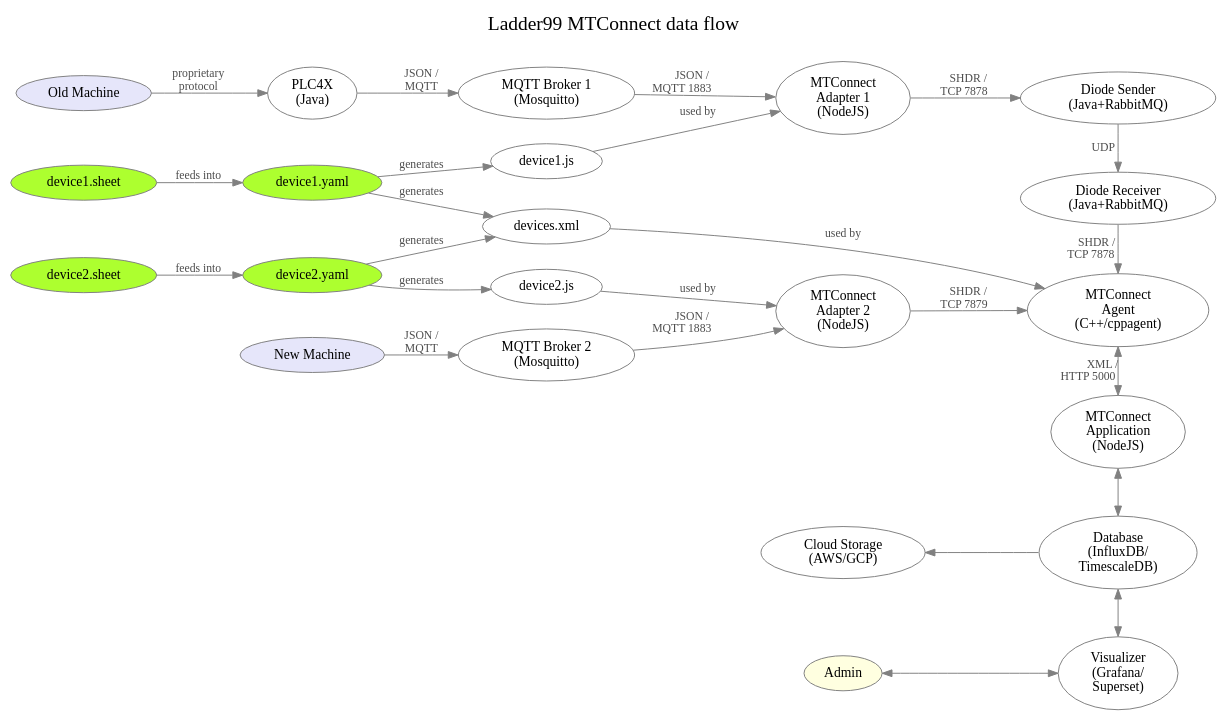
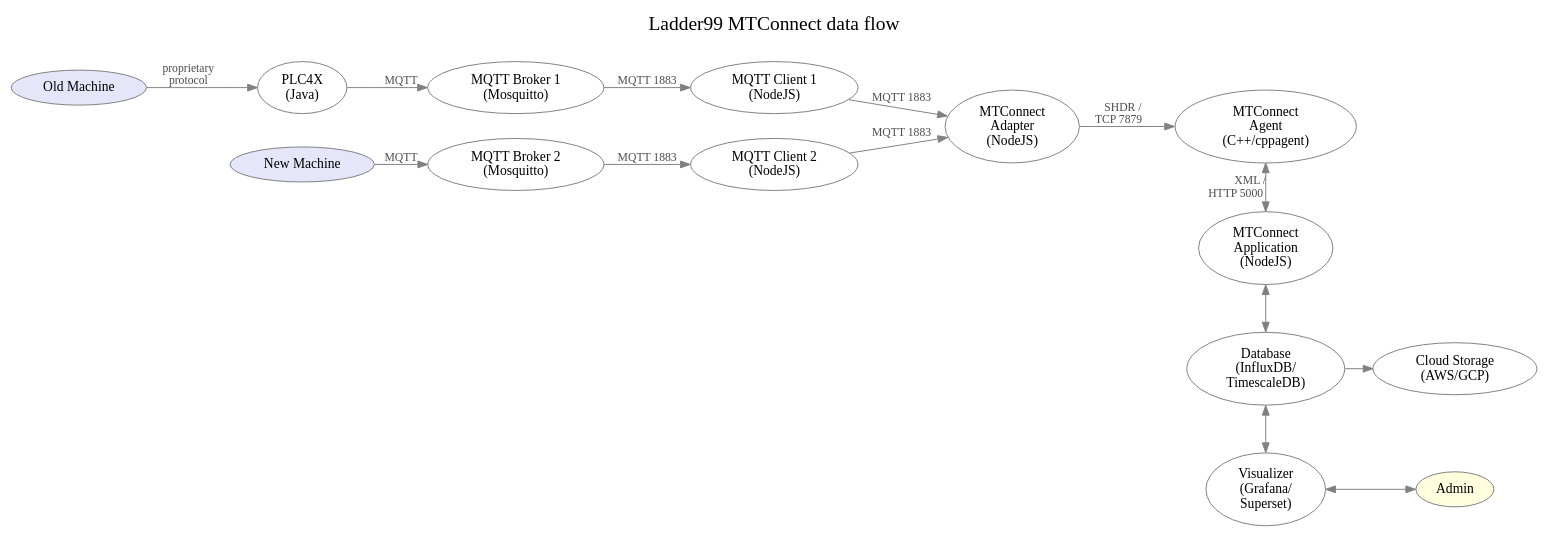
Before and after one commit to Ladder99/ladder99: the diagram in docs/architecture.dot, drawn with Graphviz.

```diff
--- a/docs/architecture.dot
+++ b/docs/architecture.dot
@@ -1,77 +1,74 @@
 digraph "ladder99-adapter" {
 
   // styles
   graph [ label="Ladder99 MTConnect data flow\n "; color=lightgray; ];
   graph [ fontsize=20 ];
   graph [ labelloc=t ];
   graph [ ranksep=0.2 ];
   graph [ nodesep=0.35 ];
   graph [ rankdir=LR; ] // left-to-right
   node [ color=gray; fillcolor=white; style=filled ];
   edge [ color=gray ];
   edge [ fontsize=12; fontcolor=gray30; ];
 
   // nodes
   OldMachine [ fillcolor=lavender; label="Old Machine" ];
   NewMachine [ fillcolor=lavender; label="New Machine" ];
   PLC4X [ label="PLC4X\n(Java)" ];
   Broker1 [ label="MQTT Broker 1\n(Mosquitto)" ];
   Broker2 [ label="MQTT Broker 2\n(Mosquitto)" ];
-  Adapter1 [ label="MTConnect\nAdapter 1\n(NodeJS)" ];
-  Adapter2 [ label="MTConnect\nAdapter 2\n(NodeJS)" ];
-  Device1Sheet [ fillcolor=greenyellow; label="device1.sheet" ];
-  Device1Yaml [ fillcolor=greenyellow; label="device1.yaml" ];
-  Device1Js [ label="device1.js" ];
-  Device2Sheet [ fillcolor=greenyellow; label="device2.sheet" ];
-  Device2Yaml [ fillcolor=greenyellow; label="device2.yaml" ];
-  Device2Js [ label="device2.js" ];
-  DiodeSender [ label="Diode Sender\n(Java+RabbitMQ)" ];
-  DiodeReceiver [ label="Diode Receiver\n(Java+RabbitMQ)" ];
+  Client1 [ label="MQTT Client 1\n(NodeJS)" ];
+  Client2 [ label="MQTT Client 2\n(NodeJS)" ];
+  Adapter [ label="MTConnect\nAdapter\n(NodeJS)" ];
+  // Device1Sheet [ fillcolor=greenyellow; label="device1.sheet" ];
+  // Device1Yaml [ fillcolor=greenyellow; label="device1.yaml" ];
+  // Device1Js [ label="device1.js" ];
+  // Device2Sheet [ fillcolor=greenyellow; label="device2.sheet" ];
+  // Device2Yaml [ fillcolor=greenyellow; label="device2.yaml" ];
+  // Device2Js [ label="device2.js" ];
+  // DiodeSender [ label="Diode Sender\n(Java+RabbitMQ)" ];
+  // DiodeReceiver [ label="Diode Receiver\n(Java+RabbitMQ)" ];
+  // DevicesXml [ label="devices.xml" ];
   Agent [ label="MTConnect\nAgent\n(C++/cppagent)" ];
-  DevicesXml [ label="devices.xml" ];
   Application [ label="MTConnect\nApplication\n(NodeJS)" ];
   Database [ label="Database\n(InfluxDB/\nTimescaleDB)" ];
   Visualizer [ label="Visualizer\n(Grafana/\nSuperset)" ];
   Cloud [ label="Cloud Storage\n(AWS/GCP)" ];
   Admin [ fillcolor=lightyellow ];
   // LOI [ label="LOI\n(SvelteJS)" ];
   // Operator [ fillcolor=lightyellow ];
 
   // edges
   OldMachine -> PLC4X [ label="proprietary\nprotocol" ];
-  PLC4X -> Broker1 [ label="JSON / \nMQTT" ];
-  NewMachine -> Broker2 [ label="JSON / \nMQTT" ];
-  Broker1 -> Adapter1 [ label="JSON /    \nMQTT 1883           " ];
-  Broker2 -> Adapter2 [ label="JSON /    \nMQTT 1883           " ];
-  Adapter1 -> DiodeSender [ label="SHDR /   \nTCP 7878      " ];
-  Adapter2 -> Agent [ label="SHDR /   \nTCP 7879      " ];
-  Device1Sheet -> Device1Yaml [ label="feeds into" ];
-  Device1Yaml -> Device1Js [ label="generates" ];
-  Device1Js -> Adapter1 [ label="used by" ];
-  Device2Sheet -> Device2Yaml [ label="feeds into" ];
-  Device2Yaml -> Device2Js [ label="generates" ];
-  Device2Js -> Adapter2 [ label="used by" ];
-  Device1Yaml -> DevicesXml [ label="generates" ];
-  Device2Yaml -> DevicesXml [ label="generates" ];
-  DiodeSender -> DiodeReceiver [ label="UDP    " ];
-  DiodeReceiver -> Agent [ label="SHDR /    \nTCP 7878        " ];
+  PLC4X -> Broker1 [ label="MQTT" ];
+  NewMachine -> Broker2 [ label="MQTT" ];
+  Broker1 -> Client1 [ label="MQTT 1883" ];
+  Broker2 -> Client2 [ label="MQTT 1883" ];
+  Client1 -> Adapter [ label="MQTT 1883" ];
+  Client2 -> Adapter [ label="MQTT 1883" ];
+  Adapter -> Agent [ label="SHDR /   \nTCP 7879      " ];
+  // Device1Sheet -> Device1Yaml [ label="feeds into" ];
+  // Device1Yaml -> Device1Js [ label="generates" ];
+  // Device1Js -> Client1 [ label="used by" ];
+  // Device2Sheet -> Device2Yaml [ label="feeds into" ];
+  // Device2Yaml -> Device2Js [ label="generates" ];
+  // Device2Js -> Client2 [ label="used by" ];
+  // Device1Yaml -> DevicesXml [ label="generates" ];
+  // Device2Yaml -> DevicesXml [ label="generates" ];
+  // DiodeSender -> DiodeReceiver [ label="UDP    " ];
+  // DiodeReceiver -> Agent [ label="SHDR /    \nTCP 7878        " ];
   // Adapter -> Agent [ label="SHDR/\nTCP 7878" ];
+  // DevicesXml -> Agent [ label="used by" ];
   Agent -> Application [ dir=both; label="XML / \nHTTP 5000          " ];
-  DevicesXml -> Agent [ label="used by" ];
   Application -> Database [ dir=both ];
   Database -> Visualizer [ dir=both ];
   Database -> Cloud;
   Visualizer -> Admin [ dir=both ];
   // Application -> LOI;
   // LOI -> Operator;
 
   // rank
-  // { rank=same; OldMachine NewMachine };
-  // { rank=same; Broker1 Broker2 Device1Yaml };
-  // { rank=same; Device1Yaml DevicesXml };
-  // { rank=same; PLC4X Broker Adapter DiodeSender DiodeReceiver Agent Application Database Visualizer };
-  // { rank=same; Adapter1 Adapter2 DevicesXml };
   // { rank=same; DiodeSender DiodeReceiver Agent Application Database Visualizer };
-  { rank=same; DiodeSender DiodeReceiver Agent Application Database Visualizer };
-  { rank=same; Adapter1 Adapter2 Cloud Admin };
+  { rank=same; Agent Application Database Visualizer };
+  { rank=same; Cloud Admin };
 }
```
